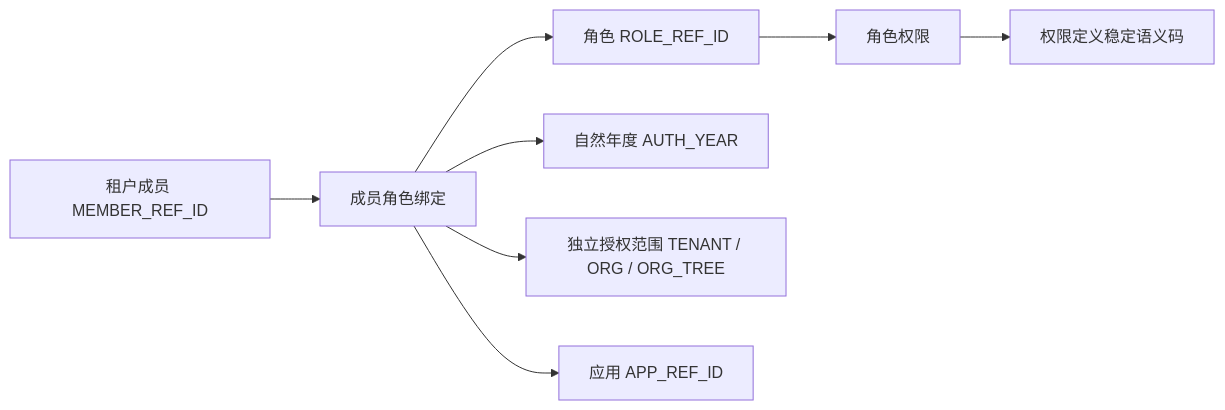
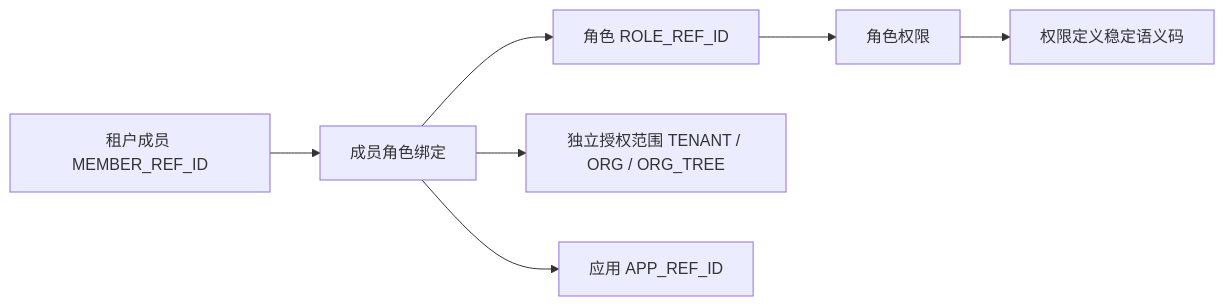
Before and after one commit to Ryan-Guizhou/peach-cloud: the third of 5 diagrams in peach-auth/README.md, drawn with Mermaid. The commit also changed other lines of this file and 5 other files, not shown here.

Commit message:
docs(auth): align six Chinese and English module READMEs with year-free SaaS contracts (#234)

````diff
--- a/peach-auth/README.md
+++ b/peach-auth/README.md
@@ -197,10 +197,9 @@
 ```mermaid
 flowchart LR
     M[租户成员 MEMBER_REF_ID] --> B[成员角色绑定]
     B --> R[角色 ROLE_REF_ID]
     R --> RP[角色权限]
     RP --> P[权限定义稳定语义码]
-    B --> Y[自然年度 AUTH_YEAR]
     B --> S[独立授权范围 TENANT / ORG / ORG_TREE]
     B --> A[应用 APP_REF_ID]
 ```
````
